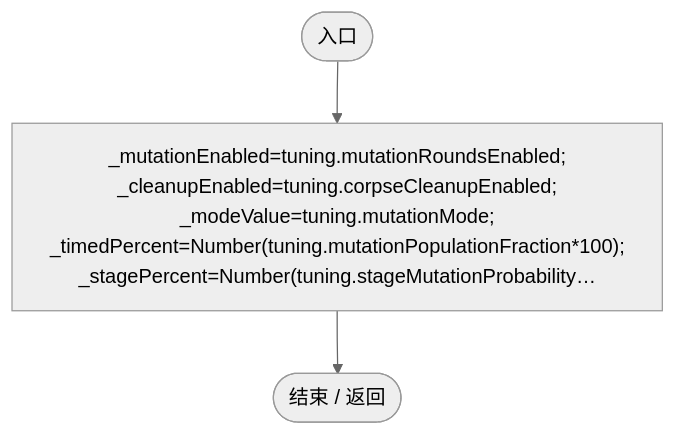
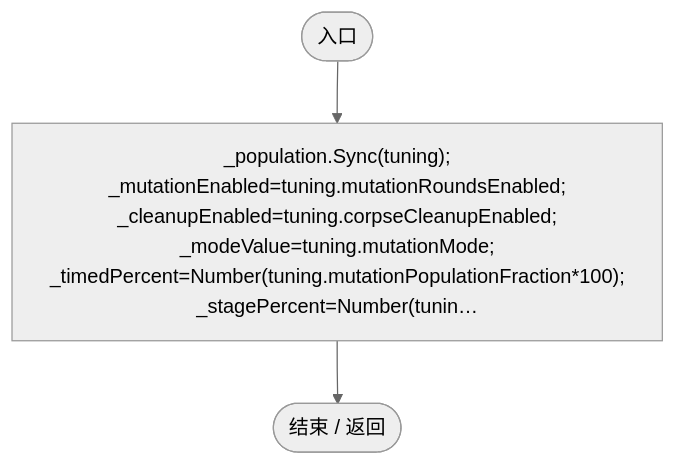
Diagram 13 of 26 in Docs/运行流程图/脚本/92d59cd12a5696c3.md (xhs6666/Darwin_paradise), drawn with Mermaid (neutral theme) before and after one commit. The commit also changed other lines of this file and 114 other files, not shown here.

````diff
--- a/Docs/运行流程图/脚本/92d59cd12a5696c3.md
+++ b/Docs/运行流程图/脚本/92d59cd12a5696c3.md
@@ -296,9 +321,9 @@
 ```mermaid
 flowchart TD
   b0(["入口"])
-  b1["_mutationEnabled=tuning.mutationRoundsEnabled;<br/>_cleanupEnabled=tuning.corpseCleanupEnabled;<br/>_modeValue=tuning.mutationMode;<br/>_timedPercent=Number(tuning.mutationPopulationFraction*100);<br/>_stagePercent=Number(tuning.stageMutationProbability…"]
+  b1["_population.Sync(tuning);<br/>_mutationEnabled=tuning.mutationRoundsEnabled;<br/>_cleanupEnabled=tuning.corpseCleanupEnabled;<br/>_modeValue=tuning.mutationMode;<br/>_timedPercent=Number(tuning.mutationPopulationFraction*100);<br/>_stagePercent=Number(tunin…"]
   b2(["结束 / 返回"])
   b0 --> b1
   b1 --> b2
 
 ```
````
